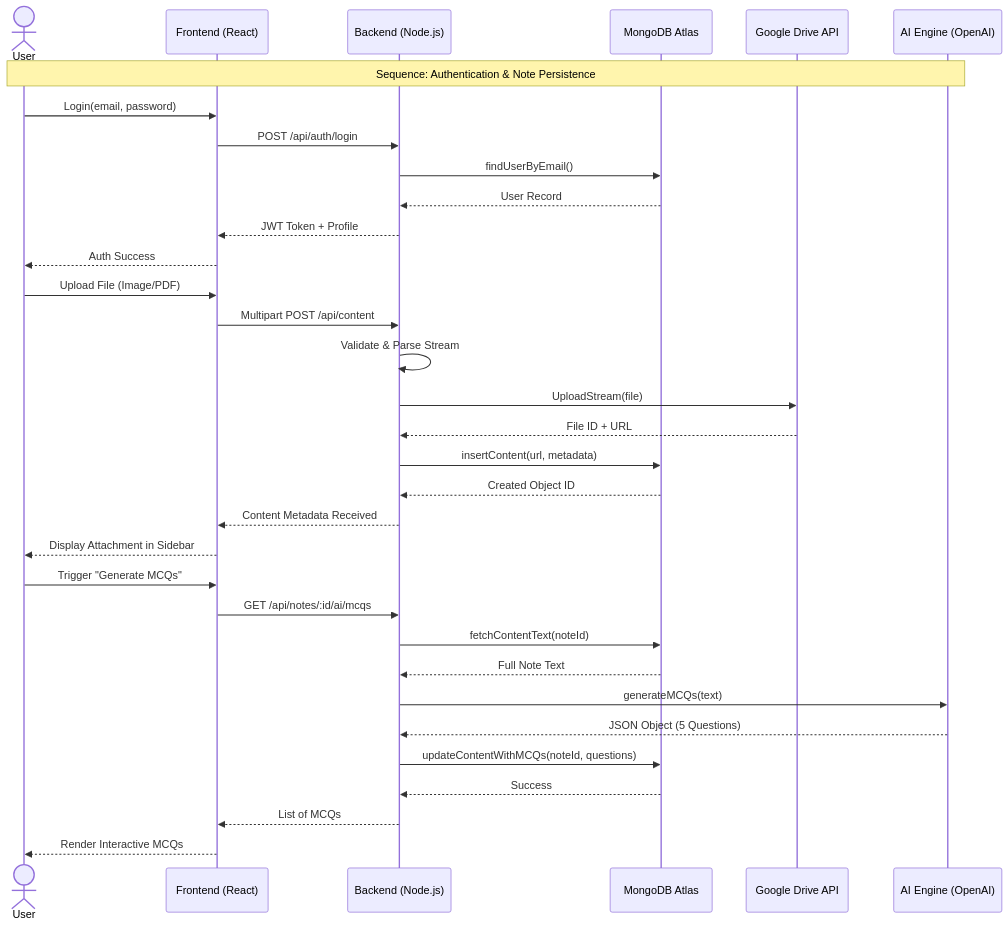
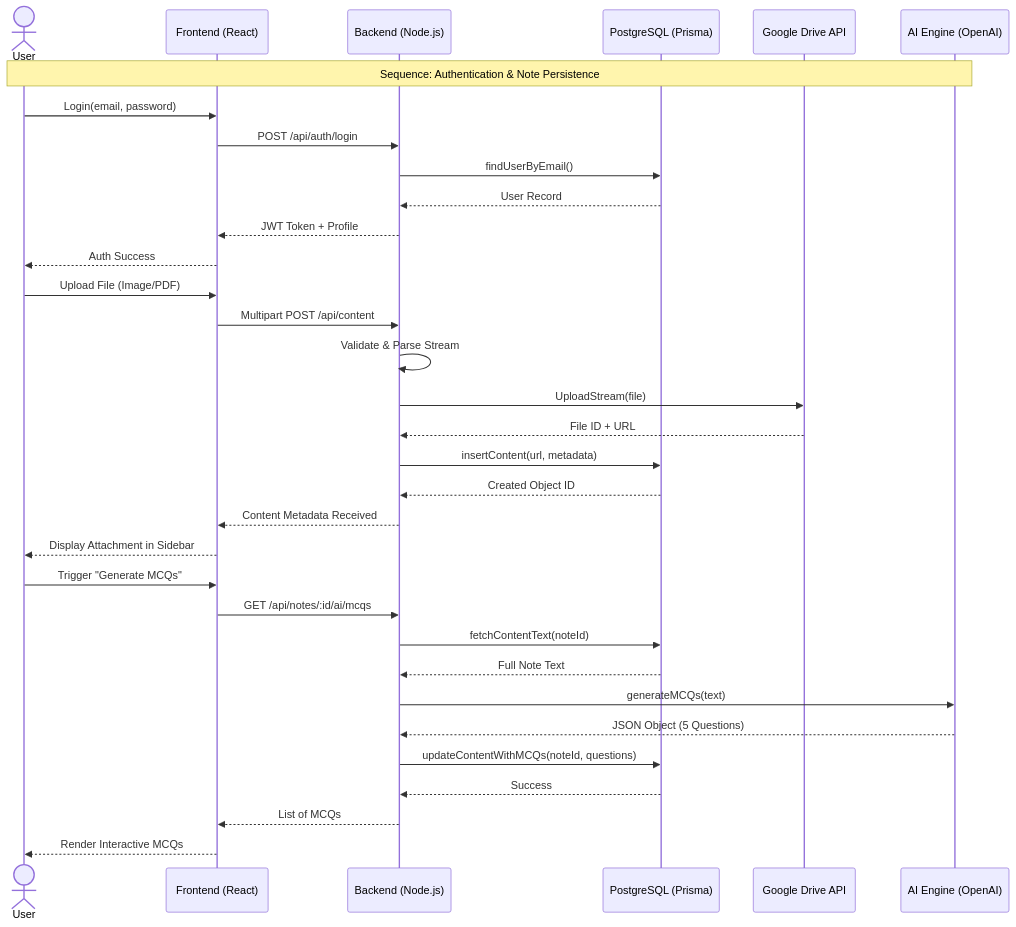
Before and after one commit to Yashsingh045/My-Notebook: the diagram in sequenceDiagram.md, drawn with Mermaid. The commit also changed 3 other files, not shown here.

````diff
--- a/sequenceDiagram.md
+++ b/sequenceDiagram.md
@@ -6,43 +6,43 @@
 ```mermaid
 sequenceDiagram
     
     actor User
     participant App as Frontend (React)
     participant API as Backend (Node.js)
-    participant DB as MongoDB Atlas
+    participant DB as PostgreSQL (Prisma)
     participant GDrive as Google Drive API
     participant AI as AI Engine (OpenAI)
 
     %% Authentication Flow
     Note over User, AI: Sequence: Authentication & Note Persistence
 
     User->>App: Login(email, password)
     App->>API: POST /api/auth/login
     API->>DB: findUserByEmail()
     DB-->>API: User Record
     API-->>App: JWT Token + Profile
     App-->>User: Auth Success
 
     %% Content Upload & Persistence
     User->>App: Upload File (Image/PDF)
     App->>API: Multipart POST /api/content
     API->>API: Validate & Parse Stream
     API->>GDrive: UploadStream(file)
     GDrive-->>API: File ID + URL
     API->>DB: insertContent(url, metadata)
     DB-->>API: Created Object ID
     API-->>App: Content Metadata Received
     App-->>User: Display Attachment in Sidebar
 
     %% AI Processing
     User->>App: Trigger "Generate MCQs"
     App->>API: GET /api/notes/:id/ai/mcqs
     API->>DB: fetchContentText(noteId)
     DB-->>API: Full Note Text
     API->>AI: generateMCQs(text)
     AI-->>API: JSON Object (5 Questions)
     API->>DB: updateContentWithMCQs(noteId, questions)
     DB-->>API: Success
     API-->>App: List of MCQs
     App-->>User: Render Interactive MCQs
 ```
````
